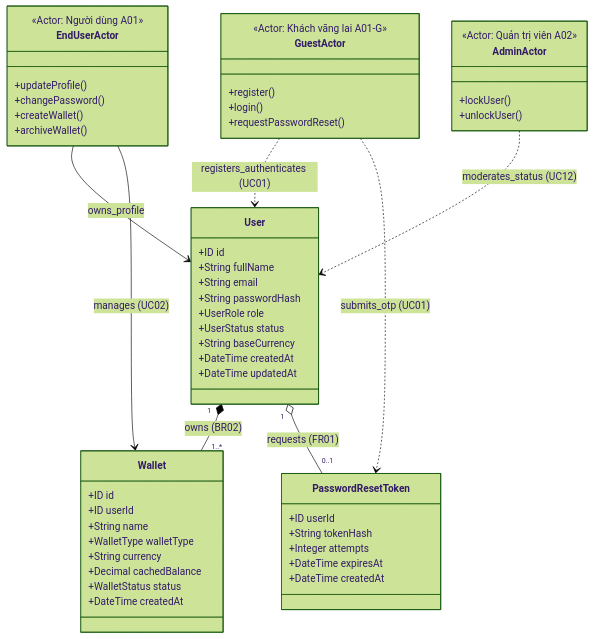
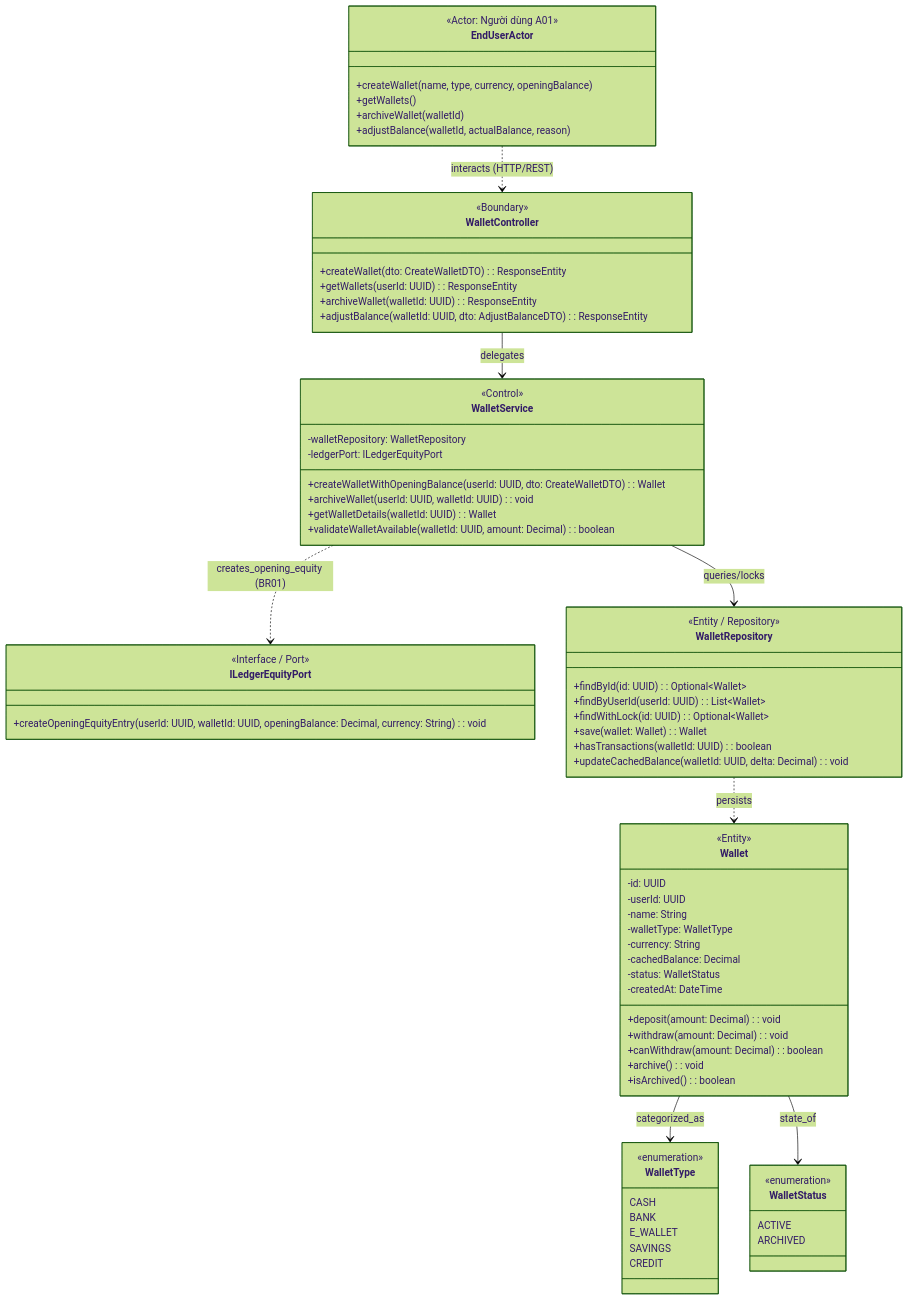
Before and after one commit to huytothevoz/SE---Microfinance-Personal-Wealth-Expense-Tracker: the second of 4 diagrams in docs/02_elaboration/uml_modeling/class_diagram.md, drawn with Mermaid (forest theme). The commit also changed other lines of this file and 5 other files, not shown here.

First line of the commit message:
docs(uml): redesign financial core class diagrams (CD01-CD04) with vector SVGs and BCE architecture

````diff
--- a/docs/02_elaboration/uml_modeling/class_diagram.md
+++ b/docs/02_elaboration/uml_modeling/class_diagram.md
@@ -25,68 +303,102 @@
 classDiagram
     direction TB
 
-    %% Khai báo Actors tương tác
-    class GuestActor {
-        <<Actor: Khách vãng lai A01-G>>
-        +register()
-        +login()
-        +requestPasswordReset()
+    %% ==========================================
+    %% ACTORS (Tác nhân tương tác)
+    %% ==========================================
+    class EndUserActor {
+        <<Actor: Người dùng A01>>
+        +createWallet(name, type, currency, openingBalance)
+        +getWallets()
+        +archiveWallet(walletId)
+        +adjustBalance(walletId, actualBalance, reason)
     }
 
-    class EndUserActor {
-        <<Actor: Người dùng A01>>
-        +updateProfile()
-        +changePassword()
-        +createWallet()
-        +archiveWallet()
+    %% ==========================================
+    %% BOUNDARY LAYER (Controllers)
+    %% ==========================================
+    class WalletController {
+        <<Boundary>>
+        +createWallet(dto: CreateWalletDTO): ResponseEntity
+        +getWallets(userId: UUID): ResponseEntity
+        +archiveWallet(walletId: UUID): ResponseEntity
+        +adjustBalance(walletId: UUID, dto: AdjustBalanceDTO): ResponseEntity
     }
 
-    class AdminActor {
-        <<Actor: Quản trị viên A02>>
-        +lockUser()
-        +unlockUser()
+    %% ==========================================
+    %% CONTROL LAYER (Services)
+    %% ==========================================
+    class WalletService {
+        <<Control>>
+        -walletRepository: WalletRepository
+        -ledgerPort: ILedgerEquityPort
+        +createWalletWithOpeningBalance(userId: UUID, dto: CreateWalletDTO): Wallet
+        +archiveWallet(userId: UUID, walletId: UUID): void
+        +getWalletDetails(walletId: UUID): Wallet
+        +validateWalletAvailable(walletId: UUID, amount: Decimal): boolean
     }
 
-    %% Các thực thể nghiệp vụ (Entities)
-    class User {
-        +ID id
-        +String fullName
-        +String email
-        +String passwordHash
-        +UserRole role
-        +UserStatus status
-        +String baseCurrency
-        +DateTime createdAt
-        +DateTime updatedAt
+    class ILedgerEquityPort {
+        <<Interface / Port>>
+        +createOpeningEquityEntry(userId: UUID, walletId: UUID, openingBalance: Decimal, currency: String): void
     }
 
-    class Wallet {
-        +ID id
-        +ID userId
-        +String name
-        +WalletType walletType
-        +String currency
-        +Decimal cachedBalance
-        +WalletStatus status
-        +DateTime createdAt
+    %% ==========================================
+    %% ENTITY / PERSISTENCE LAYER (Repositories)
+    %% ==========================================
+    class WalletRepository {
+        <<Entity / Repository>>
+        +findById(id: UUID): Optional~Wallet~
+        +findByUserId(userId: UUID): List~Wallet~
+        +findWithLock(id: UUID): Optional~Wallet~
+        +save(wallet: Wallet): Wallet
+        +hasTransactions(walletId: UUID): boolean
+        +updateCachedBalance(walletId: UUID, delta: Decimal): void
     }
 
-    class PasswordResetToken {
-        +ID userId
-        +String tokenHash
-        +Integer attempts
-        +DateTime expiresAt
-        +DateTime createdAt
+    %% ==========================================
+    %% DOMAIN ENTITIES & VALUE OBJECTS
+    %% ==========================================
+    class Wallet {
+        <<Entity>>
+        -id: UUID
+        -userId: UUID
+        -name: String
+        -walletType: WalletType
+        -currency: String
+        -cachedBalance: Decimal
+        -status: WalletStatus
+        -createdAt: DateTime
+        +deposit(amount: Decimal): void
+        +withdraw(amount: Decimal): void
+        +canWithdraw(amount: Decimal): boolean
+        +archive(): void
+        +isArchived(): boolean
     }
 
-    %% Tương tác giữa Actors và Thực thể
-    GuestActor ..> User : registers_authenticates (UC01)
-    GuestActor ..> PasswordResetToken : submits_otp (UC01)
-    EndUserActor --> User : owns_profile
-    EndUserActor --> Wallet : manages (UC02)
-    AdminActor ..> User : moderates_status (UC12)
+    class WalletType {
+        <<enumeration>>
+        CASH
+        BANK
+        E_WALLET
+        SAVINGS
+        CREDIT
+    }
 
-    %% Mối quan hệ giữa các Thực thể
-    User "1" *-- "1..*" Wallet : owns (BR02)
-    User "1" o-- "0..1" PasswordResetToken : requests (FR01)
+    class WalletStatus {
+        <<enumeration>>
+        ACTIVE
+        ARCHIVED
+    }
+
+    %% ==========================================
+    %% RELATIONSHIPS & INTERACTIONS
+    %% ==========================================
+    EndUserActor ..> WalletController : interacts (HTTP/REST)
+    WalletController --> WalletService : delegates
+    WalletService --> WalletRepository : queries/locks
+    WalletService ..> ILedgerEquityPort : creates_opening_equity (BR01)
+    WalletRepository ..> Wallet : persists
+    Wallet --> WalletType : categorized_as
+    Wallet --> WalletStatus : state_of
 ```
````
